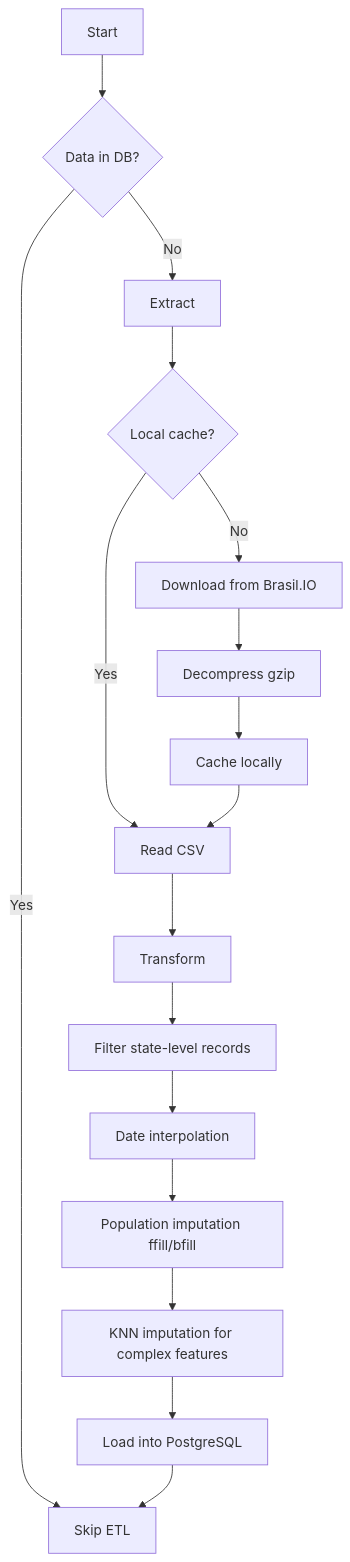
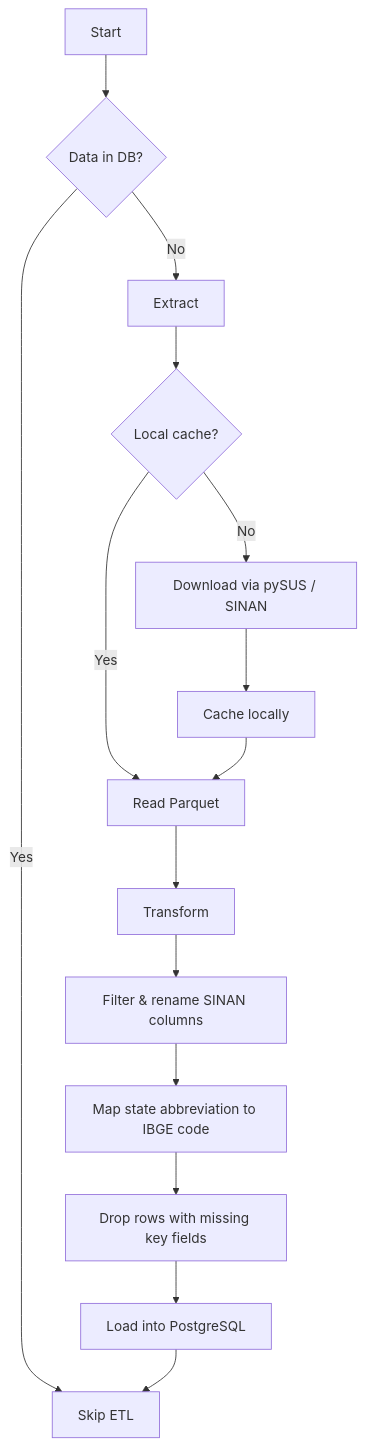
Before and after one commit to isrreal/COVID-19-Forecasting-System: the second of 2 diagrams in README.md, drawn with Mermaid. The commit also changed other lines of this file, not shown here.

Commit message:
docs(readme): rewrite README for dengue forecasting with pySUS/SINAN

````diff
--- a/README.md
+++ b/README.md
@@ -116,17 +116,16 @@
 ```mermaid
 flowchart TD
     A[Start] --> B{Data in DB?}
     B -->|Yes| Z[Skip ETL]
     B -->|No| C[Extract]
     C --> D{Local cache?}
-    D -->|Yes| E[Read CSV]
-    D -->|No| F[Download from Brasil.IO]
-    F --> G[Decompress gzip] --> H[Cache locally] --> E
+    D -->|Yes| E[Read Parquet]
+    D -->|No| F[Download via pySUS / SINAN]
+    F --> G[Cache locally] --> E
     E --> I[Transform]
-    I --> J[Filter state-level records]
-    J --> K[Date interpolation]
-    K --> L[Population imputation ffill/bfill]
-    L --> M[KNN imputation for complex features]
-    M --> N[Load into PostgreSQL]
-    N --> Z
+    I --> J[Filter & rename SINAN columns]
+    J --> K[Map state abbreviation to IBGE code]
+    K --> L[Drop rows with missing key fields]
+    L --> M[Load into PostgreSQL]
+    M --> Z
 ```
````
